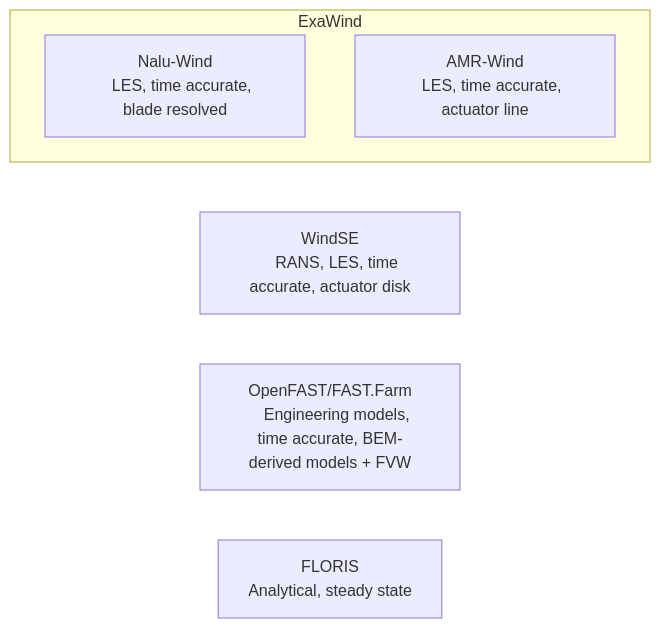
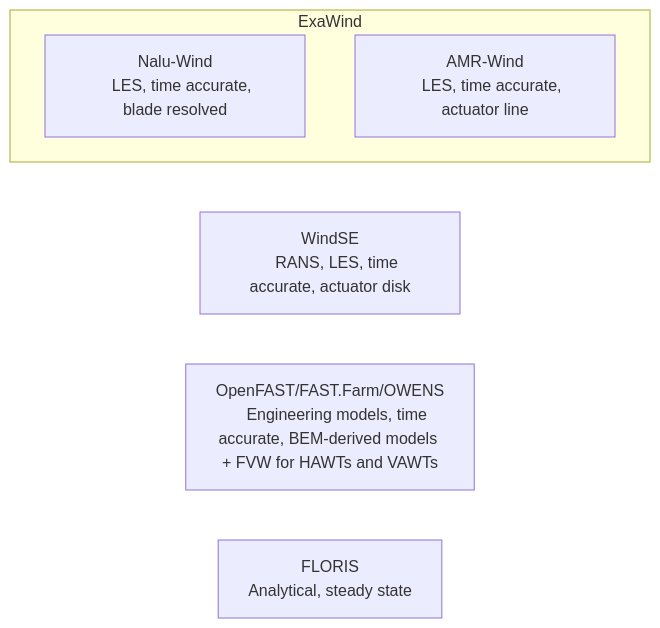
Before and after one commit to rafmudaf/WETOStack: the second of 2 diagrams in _sources/capabilities/aero.md, drawn with Mermaid. The commit also changed other lines of this file and 28 other files, not shown here.

````diff
--- a/_sources/capabilities/aero.md
+++ b/_sources/capabilities/aero.md
@@ -52,29 +53,29 @@
 ```{mermaid}
 flowchart TD
 
     A["Nalu-Wind
     LES, time accurate, blade resolved"]
 
     B["AMR-Wind
     LES, time accurate, actuator line"]
 
     C["WindSE
     RANS, LES, time accurate, actuator disk"]
 
-    D["OpenFAST/FAST.Farm
-    Engineering models, time accurate, BEM-derived models + FVW"]
+    D["OpenFAST/FAST.Farm/OWENS
+    Engineering models, time accurate, BEM-derived models + FVW for HAWTs and VAWTs"]
 
     E["FLORIS
     Analytical, steady state"]
 
     subgraph ExaWind
     A
     B
     end
 
     A ~~~ C
     B ~~~ C
 
     C ~~~ D
     D ~~~ E
 ```
````
